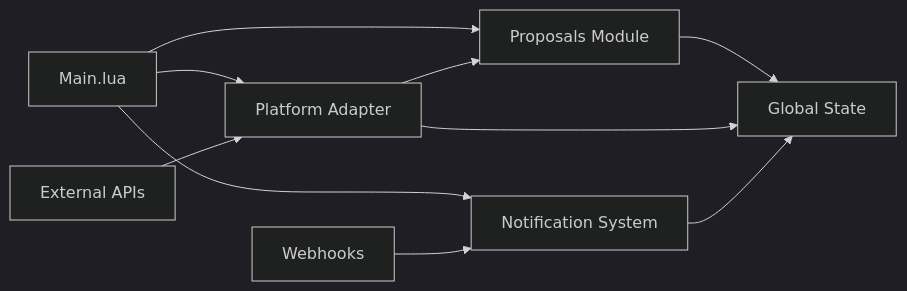
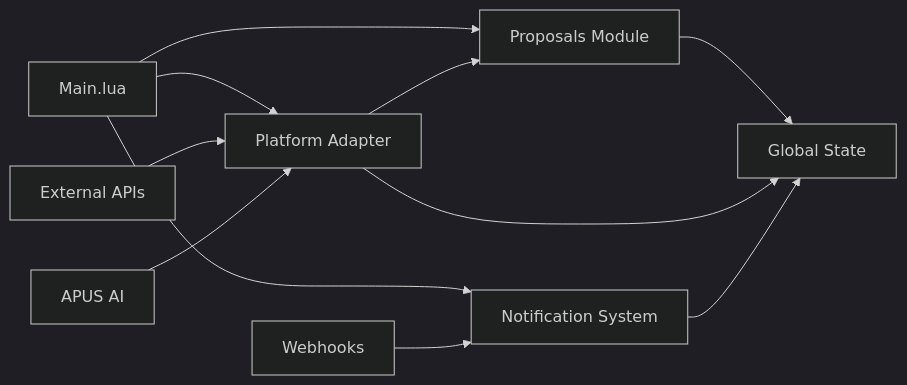
Before and after one commit to Samuel1-ona/Genie: the second of 5 diagrams in README.md, drawn with Mermaid (dark theme). The commit also changed other lines of this file and 1 other file, not shown here.

````diff
--- a/README.md
+++ b/README.md
@@ -117,15 +138,16 @@
 ```mermaid
 graph LR
     A[Main.lua] --> B[Proposals Module]
     A --> C[Platform Adapter]
     A --> D[Notification System]
     
     C --> B
     
     B --> E[Global State]
     C --> E
     D --> E
     
     F[External APIs] --> C
     G[Webhooks] --> D
+    H[APUS AI] --> C
 ```
````
